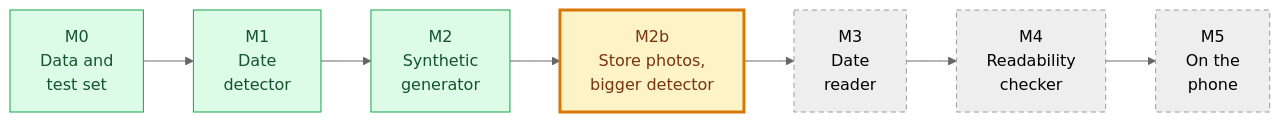
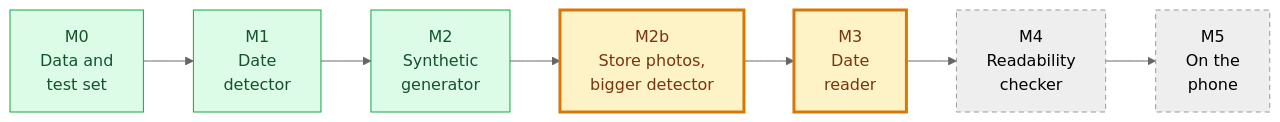
Before and after one commit to aayushroopchandani/bestbefore: the seventh of 13 diagrams in README.md, drawn with Mermaid (neutral theme). The commit also changed other lines of this file, not shown here.

````diff
--- a/README.md
+++ b/README.md
@@ -300,15 +325,15 @@
 ```mermaid
 flowchart LR
     M0["M0<br/>Data and<br/>test set"] --> M1["M1<br/>Date<br/>detector"]
     M1 --> M2["M2<br/>Synthetic<br/>generator"]
     M2 --> M2b["M2b<br/>Store photos,<br/>bigger detector"]
     M2b --> M3["M3<br/>Date<br/>reader"]
     M3 --> M4["M4<br/>Readability<br/>checker"]
     M4 --> M5["M5<br/>On the<br/>phone"]
     class M0,M1,M2 done
-    class M2b now
-    class M3,M4,M5 planned
+    class M2b,M3 now
+    class M4,M5 planned
     classDef done fill:#dcfce7,stroke:#16a34a,color:#14532d
     classDef now fill:#fef3c7,stroke:#d97706,stroke-width:3px,color:#78350f
     classDef planned stroke-dasharray:5 4
 ```
````
